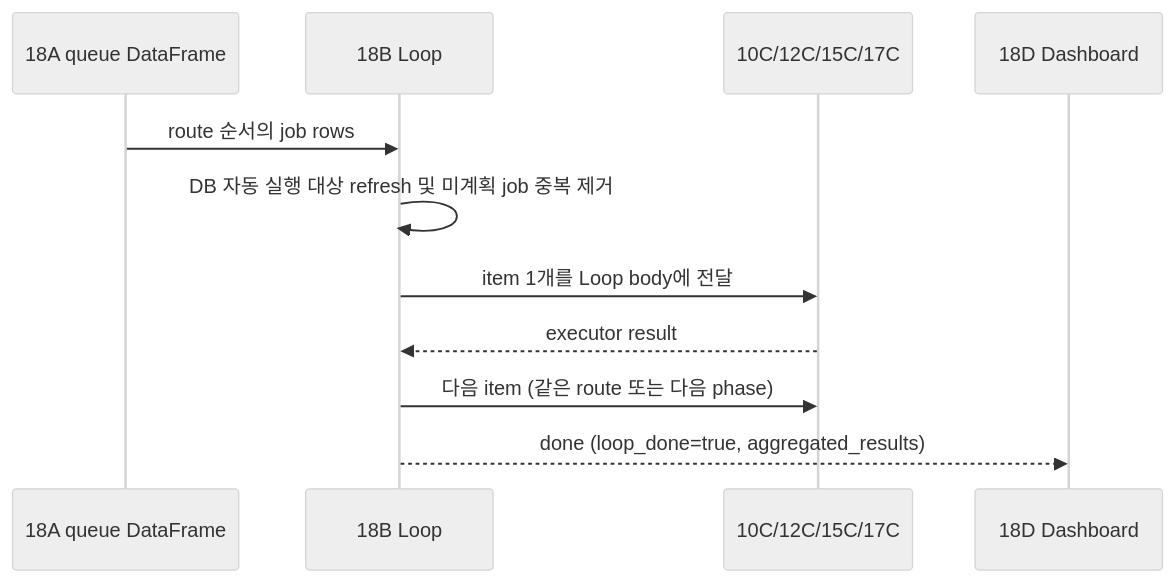
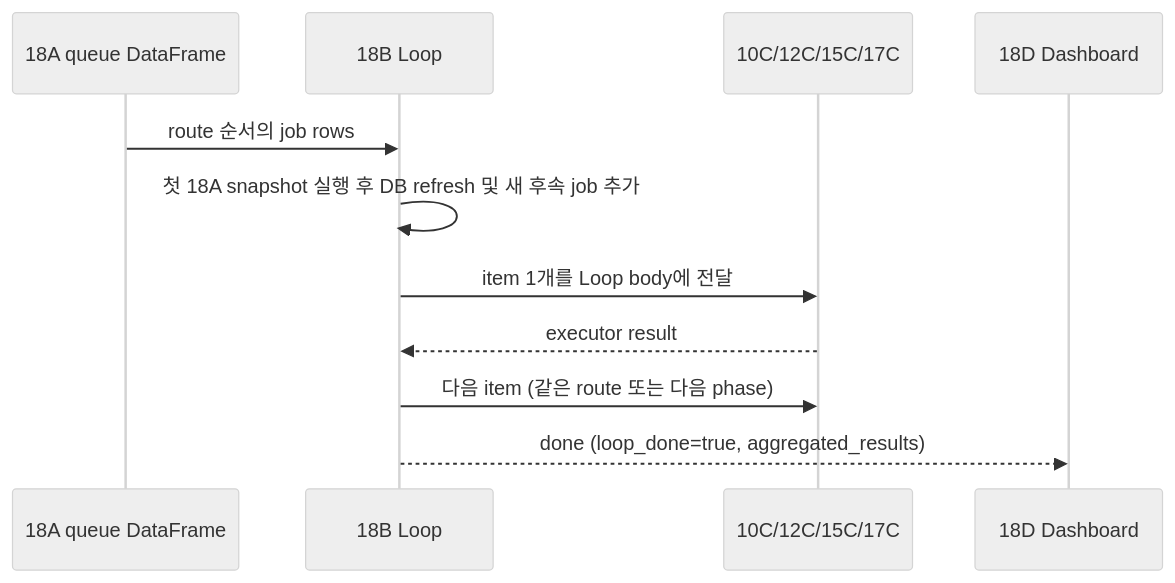
One commit to seongikjin227-jpg/refactoring_smartMigrate changed the diagram in smartMigrate_2.0_Langflow/00_guide/00_full_workflow_loop_guide.md. Above: the diagram before and after it, drawn with Mermaid (neutral theme). The commit also changed other lines of this file and 3 other files, not shown here.

````diff
--- a/smartMigrate_2.0_Langflow/00_guide/00_full_workflow_loop_guide.md
+++ b/smartMigrate_2.0_Langflow/00_guide/00_full_workflow_loop_guide.md
@@ -29,13 +29,13 @@
 ```mermaid
 sequenceDiagram
     participant A as 18A queue DataFrame
     participant B as 18B Loop
     participant C as 10C/12C/15C/17C
     participant D as 18D Dashboard
     A->>B: route 순서의 job rows
-    B->>B: DB 자동 실행 대상 refresh 및 미계획 job 중복 제거
+    B->>B: 첫 18A snapshot 실행 후 DB refresh 및 새 후속 job 추가
     B->>C: item 1개를 Loop body에 전달
     C-->>B: executor result
     B->>C: 다음 item (같은 route 또는 다음 phase)
     B-->>D: done (loop_done=true, aggregated_results)
 ```
````
